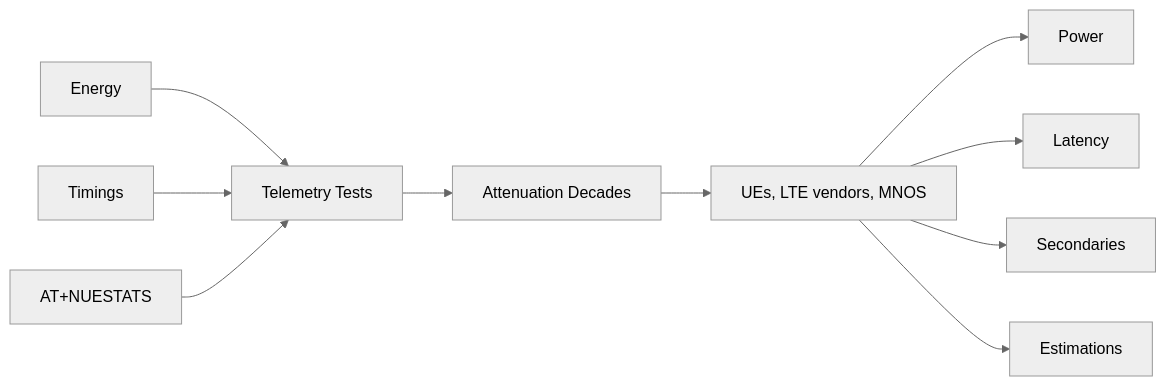
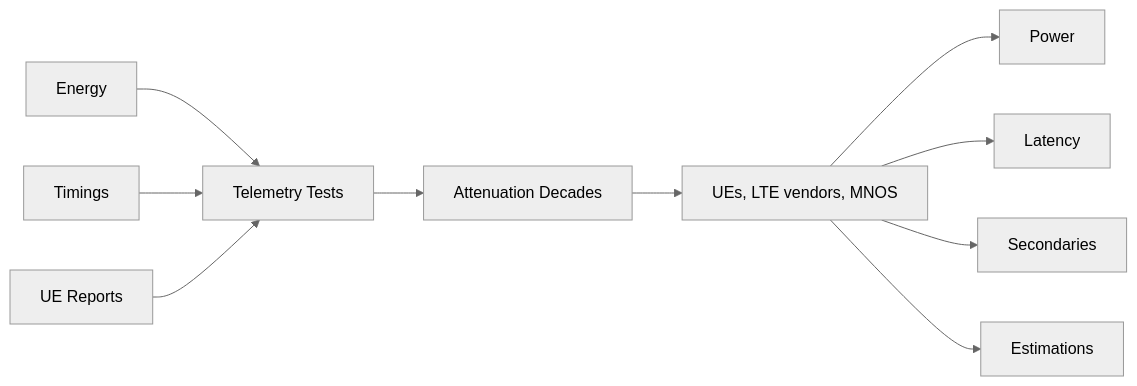
Before and after one commit to dan-leo/masters: the fifth of 5 diagrams in thesis/v8/dump.md, drawn with Mermaid (neutral theme). The commit also changed other lines of this file and 2 other files, not shown here.

````diff
--- a/thesis/v8/dump.md
+++ b/thesis/v8/dump.md
@@ -1017,12 +1069,12 @@
 ```mermaid
 graph LR
 a[Energy] --> b[Telemetry Tests]
 c[Timings] --> b
-d[AT+NUESTATS] --> b
+d[UE Reports] --> b
 b --> e[Attenuation Decades]
 e --> f[UEs, LTE vendors, MNOS]
 f --> g[Power]
 f --> h[Latency]
 f --> i[Secondaries]
 f --> j[Estimations]
 ```
````
